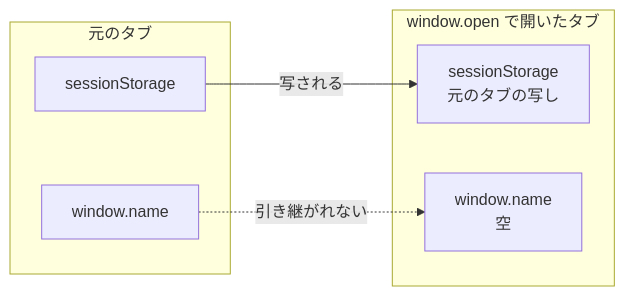
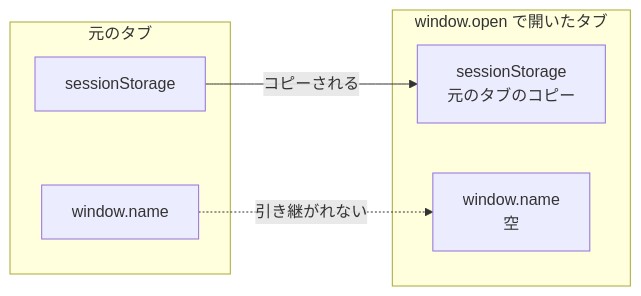
One commit to Fukuemon/buddy changed the fourth of 4 diagrams in packages/e2e/DesignDoc.md. Above: the diagram before and after it, drawn with Mermaid. The commit also changed other lines of this file and 12 other files, not shown here.

````diff
--- a/packages/e2e/DesignDoc.md
+++ b/packages/e2e/DesignDoc.md
@@ -208,13 +208,13 @@
 ```mermaid
 flowchart LR
   subgraph origin["元のタブ"]
     o1["sessionStorage"]
     o2["window.name"]
   end
   subgraph opened["window.open で開いたタブ"]
-    n1["sessionStorage<br/>元のタブの写し"]
+    n1["sessionStorage<br/>元のタブのコピー"]
     n2["window.name<br/>空"]
   end
-  o1 -->|"写される"| n1
+  o1 -->|"コピーされる"| n1
   o2 -.->|"引き継がれない"| n2
 ```
````
